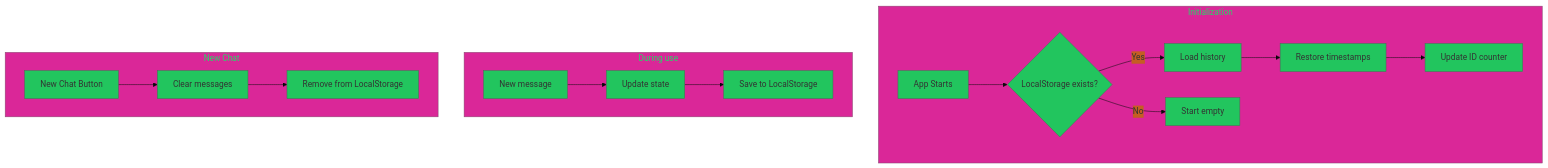
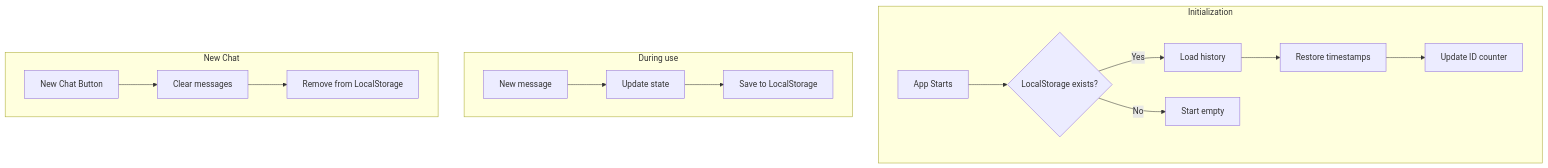
One commit to wmakeouthill/certificados-wesley changed the fourth of 4 diagrams in portfolio-content/projects/desafio_fullstack-english.md. Above: the diagram before and after it, drawn with Mermaid. The commit also changed other lines of this file and 2 other files, not shown here.

````diff
--- a/portfolio-content/projects/desafio_fullstack-english.md
+++ b/portfolio-content/projects/desafio_fullstack-english.md
@@ -376,21 +376,21 @@
 ```mermaid
-%%{init: {'theme': 'base', 'themeVariables': { 'primaryColor': '#22c55e'}}}%%
+%%{title: "LocalStorage Persistence Flow"}%%
 flowchart TD
     subgraph "Initialization"
         A[App Starts] --> B{LocalStorage exists?}
         B -->|Yes| C[Load history]
         B -->|No| D[Start empty]
         C --> E[Restore timestamps]
         E --> F[Update ID counter]
     end
 
     subgraph "During use"
         G[New message] --> H[Update state]
         H --> I[Save to LocalStorage]
     end
 
     subgraph "New Chat"
         J[New Chat Button] --> K[Clear messages]
         K --> L[Remove from LocalStorage]
     end
 ```
````
